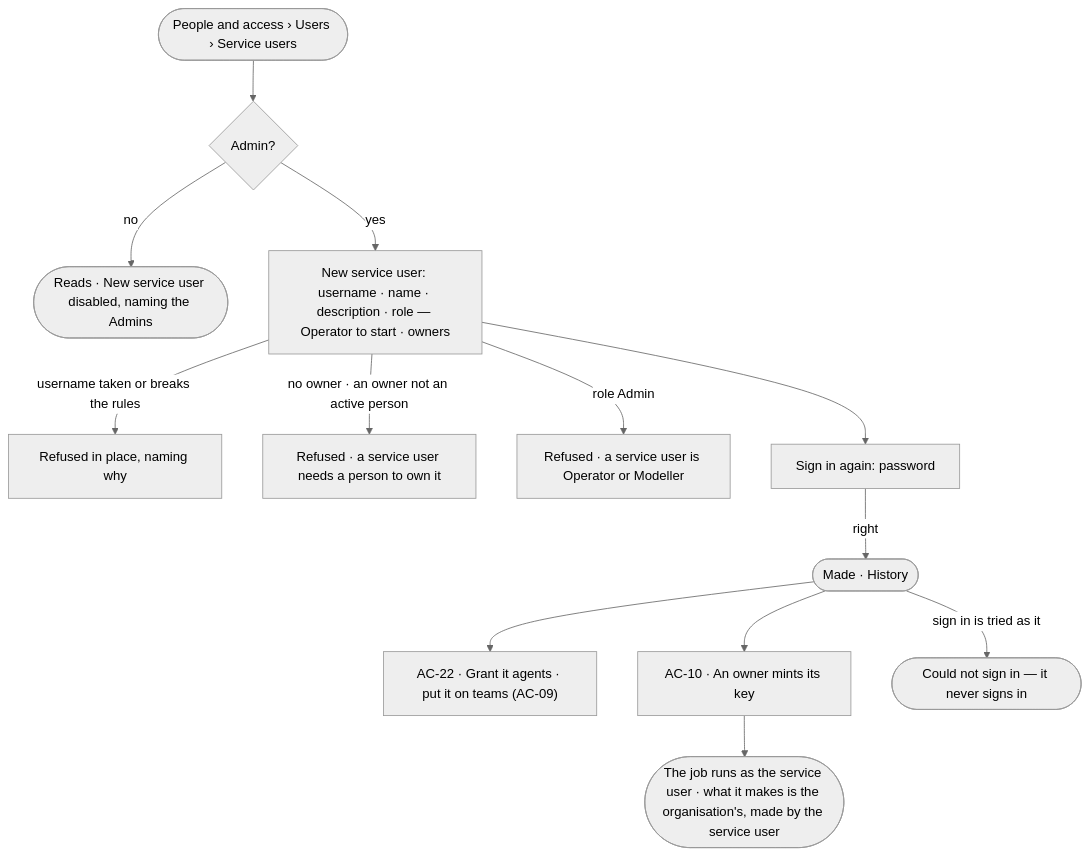
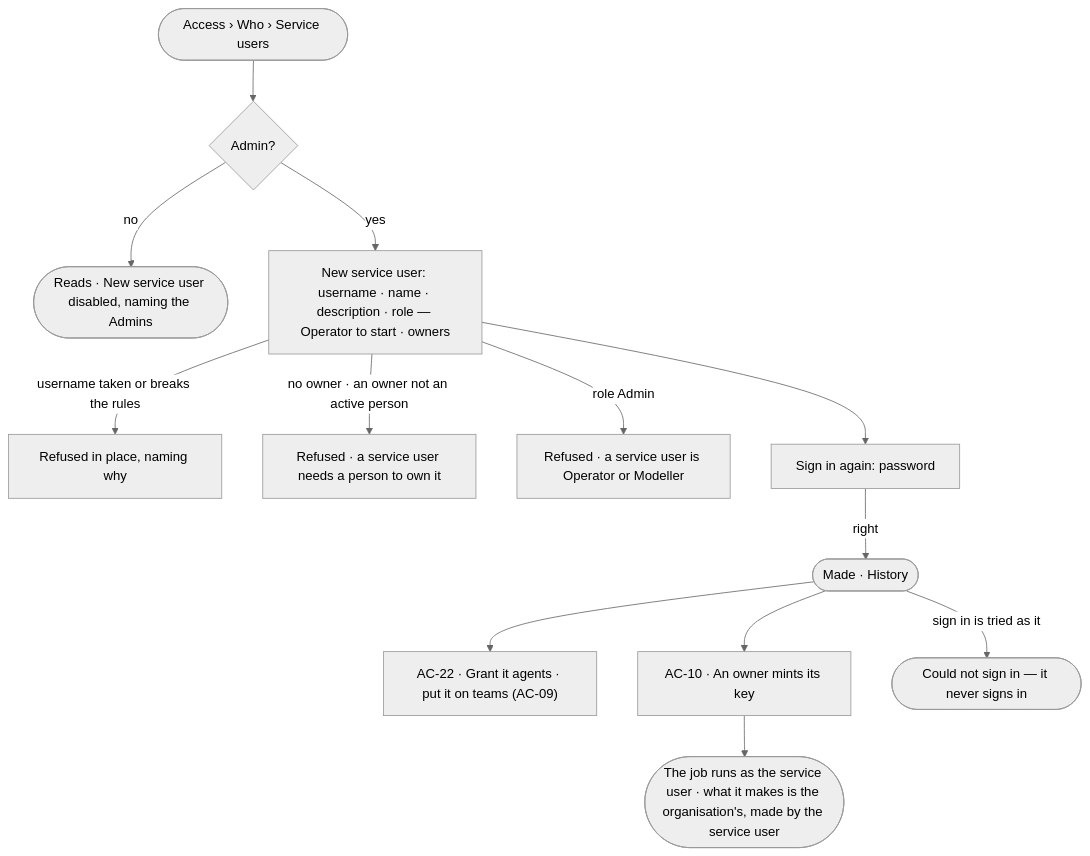
The diagram in specs/os/access/features/AC-F03-directory/stories/AC-33-make-a-service-user-for-automation/story.md (invana/invana), drawn with Mermaid (neutral theme) before and after one commit. The commit also changed 133 other files, not shown here.

````diff
--- a/specs/os/access/features/AC-F03-directory/stories/AC-33-make-a-service-user-for-automation/story.md
+++ b/specs/os/access/features/AC-F03-directory/stories/AC-33-make-a-service-user-for-automation/story.md
@@ -26,15 +26,15 @@
 ```mermaid
 flowchart TD
-  u([People and access › Users › Service users]) --> who{"Admin?"}
+  u([Access › Who › Service users]) --> who{"Admin?"}
   who -->|no| ro(["Reads · New service user disabled, naming the Admins"])
   who -->|yes| n["New service user: username · name · description · role — Operator to start · owners"]
   n -->|username taken or breaks the rules| r1["Refused in place, naming why"]
   n -->|no owner · an owner not an active person| r2["Refused · a service user needs a person to own it"]
   n -->|role Admin| r3["Refused · a service user is Operator or Modeller"]
   n --> pw["Sign in again: password"]
   pw -->|right| made(["Made · History"])
   made --> grant["AC-22 · Grant it agents · put it on teams (AC-09)"]
   made --> key["AC-10 · An owner mints its key"]
   key --> run(["The job runs as the service user · what it makes is the organisation's, made by the service user"])
   made -->|sign in is tried as it| no(["Could not sign in — it never signs in"])
 ```
````
